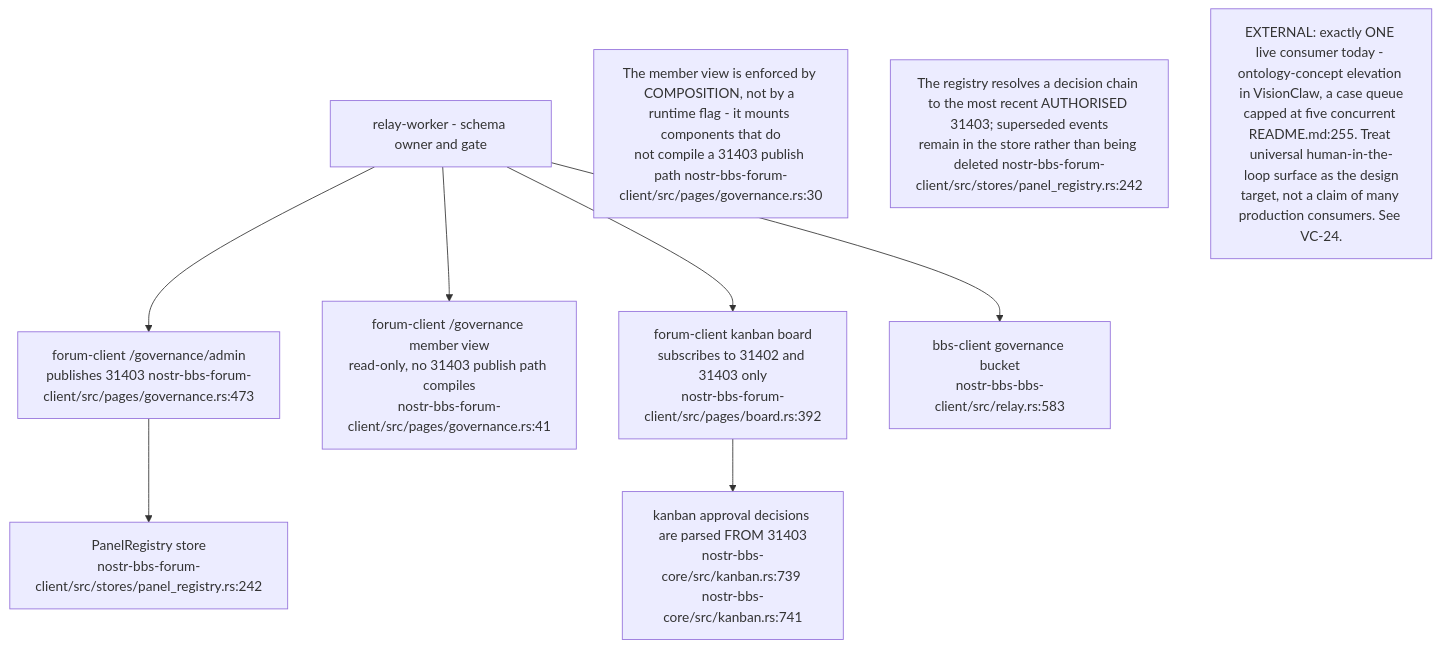
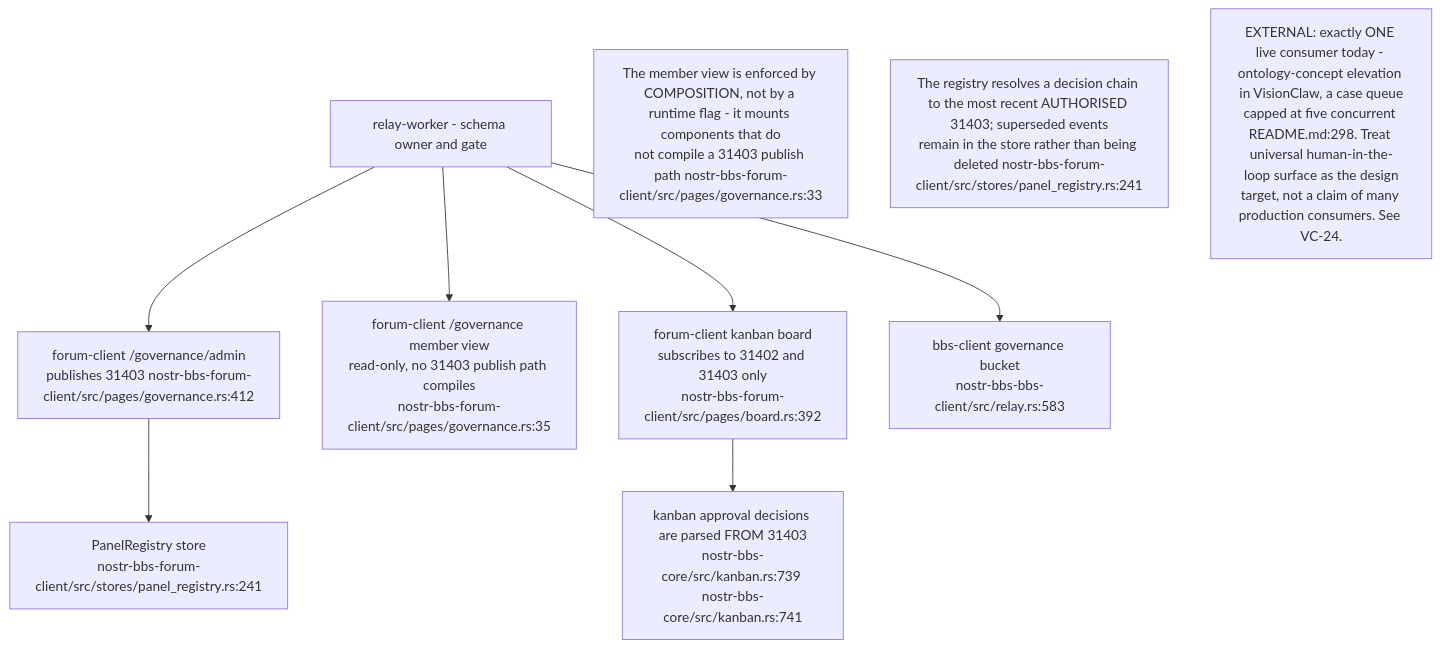
The tenth of 15 diagrams in docs/diagrams/nostr-rust-forum/06-agent-control-surface-31400-31405.md (DreamLab-AI/VisionFlow), drawn with Mermaid before and after one commit. The commit also changed other lines of this file and 11 other files, not shown here.

````diff
--- a/docs/diagrams/nostr-rust-forum/06-agent-control-surface-31400-31405.md
+++ b/docs/diagrams/nostr-rust-forum/06-agent-control-surface-31400-31405.md
@@ -280,18 +290,18 @@
 ```mermaid
 flowchart TB
     RELAY["relay-worker - schema owner and gate"]
-    FCADMIN["forum-client /governance/admin<br/>publishes 31403 nostr-bbs-forum-client/src/pages/governance.rs:473"]
-    FCMEM["forum-client /governance member view<br/>read-only, no 31403 publish path compiles<br/>nostr-bbs-forum-client/src/pages/governance.rs:41"]
+    FCADMIN["forum-client /governance/admin<br/>publishes 31403 nostr-bbs-forum-client/src/pages/governance.rs:412"]
+    FCMEM["forum-client /governance member view<br/>read-only, no 31403 publish path compiles<br/>nostr-bbs-forum-client/src/pages/governance.rs:35"]
     BOARD["forum-client kanban board<br/>subscribes to 31402 and 31403 only<br/>nostr-bbs-forum-client/src/pages/board.rs:392"]
-    REG["PanelRegistry store<br/>nostr-bbs-forum-client/src/stores/panel_registry.rs:242"]
+    REG["PanelRegistry store<br/>nostr-bbs-forum-client/src/stores/panel_registry.rs:241"]
     BBS["bbs-client governance bucket<br/>nostr-bbs-bbs-client/src/relay.rs:583"]
     KAN["kanban approval decisions are parsed FROM 31403<br/>nostr-bbs-core/src/kanban.rs:739 nostr-bbs-core/src/kanban.rs:741"]
 
     RELAY --> FCADMIN & FCMEM & BOARD & BBS
     FCADMIN --> REG
     BOARD --> KAN
 
-    N1["The member view is enforced by COMPOSITION, not by a runtime flag - it mounts components that do<br/>not compile a 31403 publish path nostr-bbs-forum-client/src/pages/governance.rs:30"]
-    N2["The registry resolves a decision chain to the most recent AUTHORISED 31403; superseded events<br/>remain in the store rather than being deleted nostr-bbs-forum-client/src/stores/panel_registry.rs:242"]
-    N3["EXTERNAL: exactly ONE live consumer today - ontology-concept elevation in VisionClaw, a case queue<br/>capped at five concurrent README.md:255. Treat universal human-in-the-loop surface as the design<br/>target, not a claim of many production consumers. See VC-24."]
+    N1["The member view is enforced by COMPOSITION, not by a runtime flag - it mounts components that do<br/>not compile a 31403 publish path nostr-bbs-forum-client/src/pages/governance.rs:33"]
+    N2["The registry resolves a decision chain to the most recent AUTHORISED 31403; superseded events<br/>remain in the store rather than being deleted nostr-bbs-forum-client/src/stores/panel_registry.rs:241"]
+    N3["EXTERNAL: exactly ONE live consumer today - ontology-concept elevation in VisionClaw, a case queue<br/>capped at five concurrent README.md:298. Treat universal human-in-the-loop surface as the design<br/>target, not a claim of many production consumers. See VC-24."]
 ```
````
